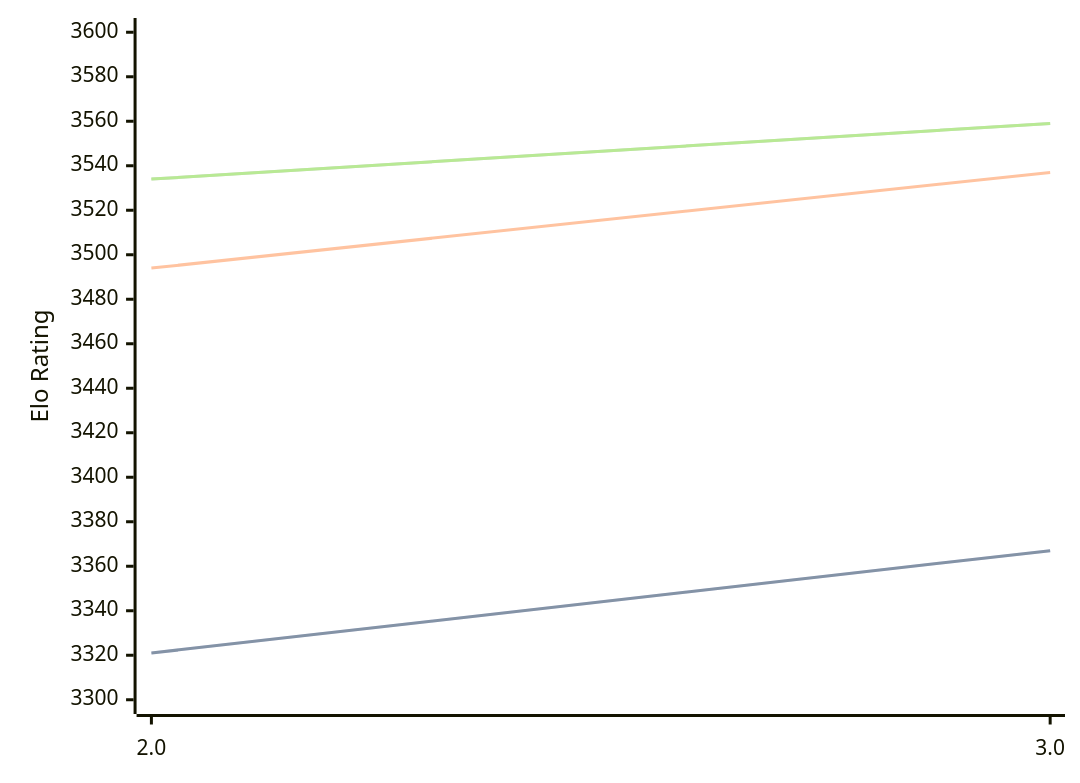
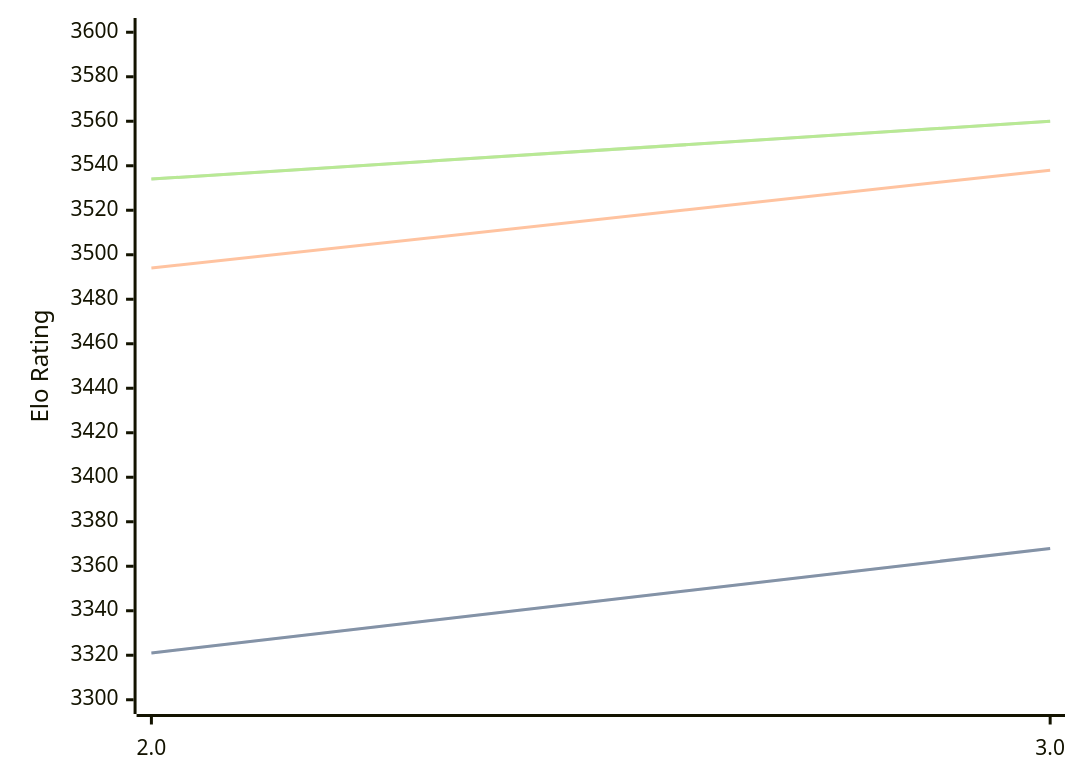
Before and after one commit to computer-chess-index/cci: the diagram in engines/Quanticade.md, drawn with Mermaid. The commit also changed other lines of this file, not shown here.

Commit message:
Update CCI Ratings (ELO VLTC) - 2026-04-01

````diff
--- a/engines/Quanticade.md
+++ b/engines/Quanticade.md
@@ -41,11 +41,11 @@
 ```mermaid
 %%{init: {"theme":"base","themeVariables":{"seriesColors:['#a3a3a3','#222221','#faa371']}}}%%
 xychart-beta
   x-axis ["2.0", "3.0"]
   y-axis "Elo Rating" 3300 --> 3600
-  line "STC (8.0+0.08s)" [3321, 3367]
-  line "STC (8.0+0.08s)" [3321, 3367]
-  line "LTC (60.0+0.60s)" [3494, 3537]
-  line "VLTC (2m24s+1.12s)" [3534, 3559]
-  line "VLTC (2m24s+1.12s)" [3534, 3559]
+  line "STC (8.0+0.08s)" [3321, 3368]
+  line "STC (8.0+0.08s)" [3321, 3368]
+  line "LTC (60.0+0.60s)" [3494, 3538]
+  line "VLTC (2m24s+1.12s)" [3534, 3560]
+  line "VLTC (2m24s+1.12s)" [3534, 3560]
 ```
````
